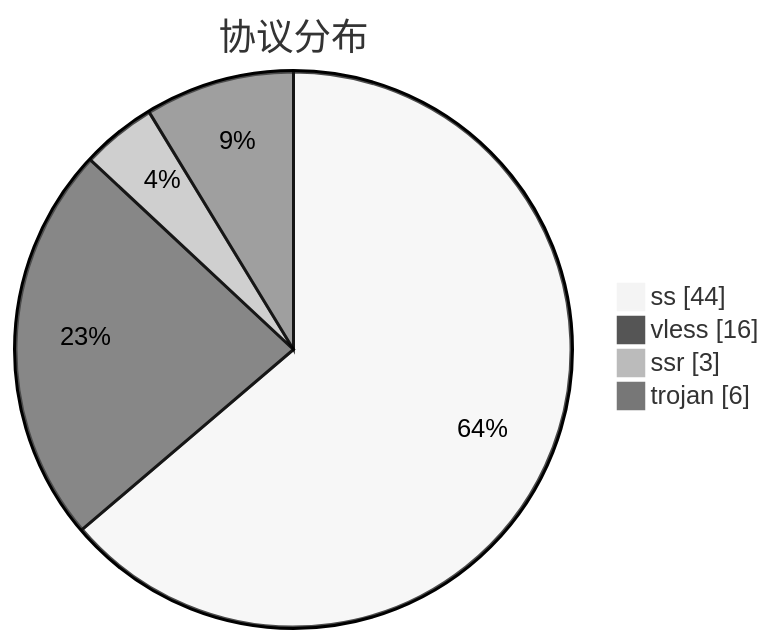
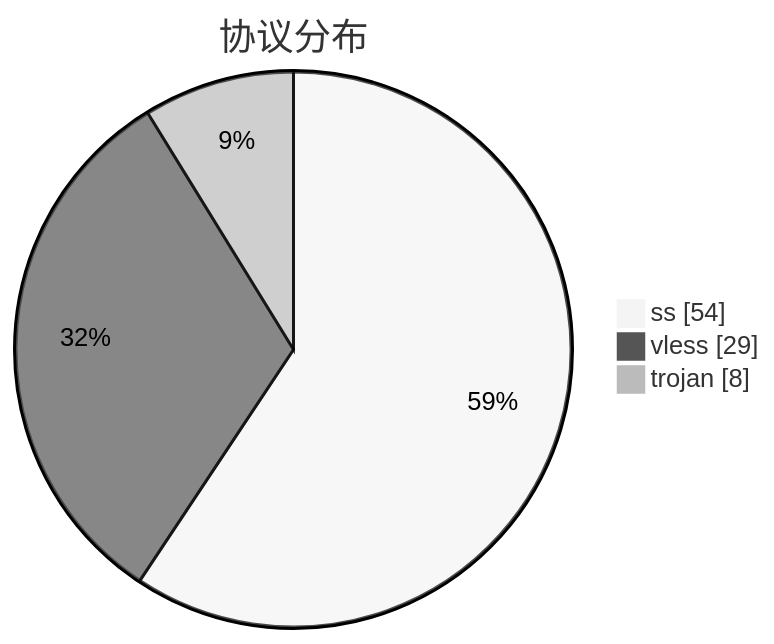
One commit to qjlxg/airport changed the third of 3 diagrams in subs/statistics/tested_within.md. Above: the diagram before and after it, drawn with Mermaid (neutral theme). The commit also changed other lines of this file and 2 other files, not shown here.

````diff
--- a/subs/statistics/tested_within.md
+++ b/subs/statistics/tested_within.md
@@ -24,8 +27,7 @@
 ```mermaid
 pie showData
 title 协议分布
-"ss" : 44
-"vless" : 16
-"ssr" : 3
-"trojan" : 6
+"ss" : 54
+"vless" : 29
+"trojan" : 8
 ```
````
